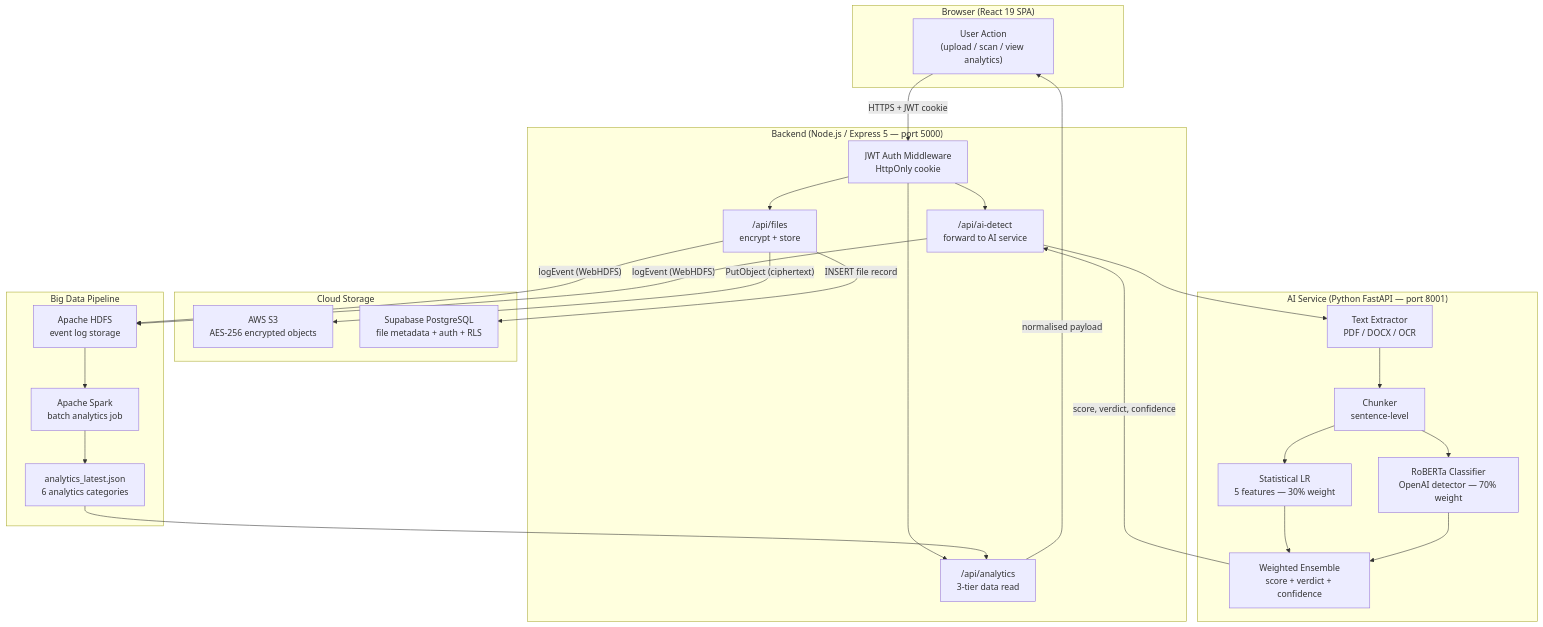
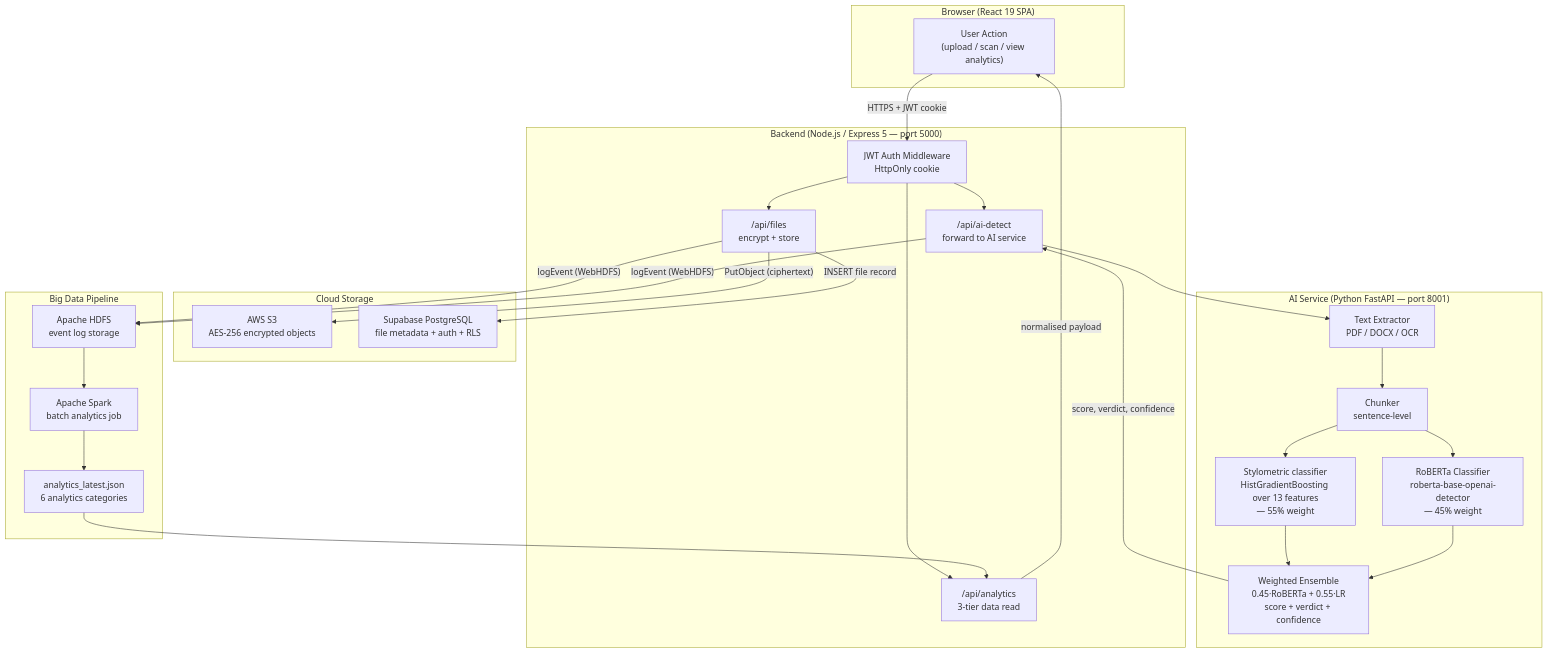
One commit to securitywithhem/vaultiq changed the first of 10 diagrams in README.md. Above: the diagram before and after it, drawn with Mermaid. The commit also changed other lines of this file and 20 other files, not shown here.

First line of the commit message:
feat: retrain AI detector with tuned RoBERTa+HistGB ensemble

````diff
--- a/README.md
+++ b/README.md
@@ -166,57 +166,57 @@
 ```mermaid
 flowchart TD
     subgraph Browser["Browser (React 19 SPA)"]
         UI["User Action<br/>(upload / scan / view analytics)"]
     end
 
     subgraph Backend["Backend (Node.js / Express 5 — port 5000)"]
         Auth["JWT Auth Middleware<br/>HttpOnly cookie"]
         FileRoute["/api/files<br/>encrypt + store"]
         AIRoute["/api/ai-detect<br/>forward to AI service"]
         AnalyticsRoute["/api/analytics<br/>3-tier data read"]
     end
 
     subgraph Storage["Cloud Storage"]
         S3["AWS S3<br/>AES-256 encrypted objects"]
         DB["Supabase PostgreSQL<br/>file metadata + auth + RLS"]
     end
 
     subgraph AIService["AI Service (Python FastAPI — port 8001)"]
         Extract["Text Extractor<br/>PDF / DOCX / OCR"]
         Chunk["Chunker<br/>sentence-level"]
-        StatModel["Statistical LR<br/>5 features — 30% weight"]
-        RoBERTa["RoBERTa Classifier<br/>OpenAI detector — 70% weight"]
-        Ensemble["Weighted Ensemble<br/>score + verdict + confidence"]
+        StatModel["Stylometric classifier<br/>HistGradientBoosting over 13 features<br/>— 55% weight"]
+        RoBERTa["RoBERTa Classifier<br/>roberta-base-openai-detector<br/>— 45% weight"]
+        Ensemble["Weighted Ensemble<br/>0.45·RoBERTa + 0.55·LR<br/>score + verdict + confidence"]
     end
 
     subgraph BigData["Big Data Pipeline"]
         HDFS["Apache HDFS<br/>event log storage"]
         Spark["Apache Spark<br/>batch analytics job"]
         Results["analytics_latest.json<br/>6 analytics categories"]
     end
 
     UI -->|"HTTPS + JWT cookie"| Auth
     Auth --> FileRoute
     Auth --> AIRoute
     Auth --> AnalyticsRoute
 
     FileRoute -->|"PutObject (ciphertext)"| S3
     FileRoute -->|"INSERT file record"| DB
 
     AIRoute --> Extract
     Extract --> Chunk
     Chunk --> StatModel
     Chunk --> RoBERTa
     StatModel --> Ensemble
     RoBERTa --> Ensemble
     Ensemble -->|"score, verdict, confidence"| AIRoute
 
     FileRoute -->|"logEvent (WebHDFS)"| HDFS
     AIRoute -->|"logEvent (WebHDFS)"| HDFS
 
     HDFS --> Spark
     Spark --> Results
     Results --> AnalyticsRoute
 
     AnalyticsRoute -->|"normalised payload"| UI
 ```
````
